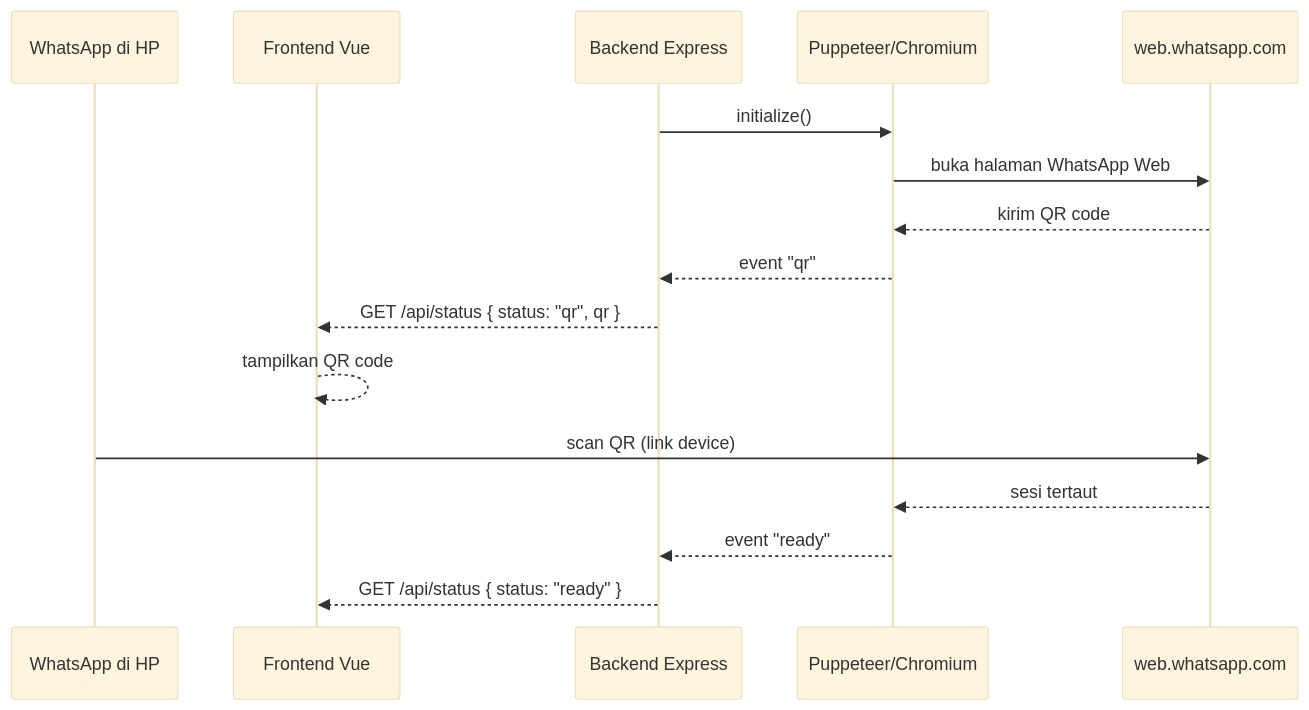
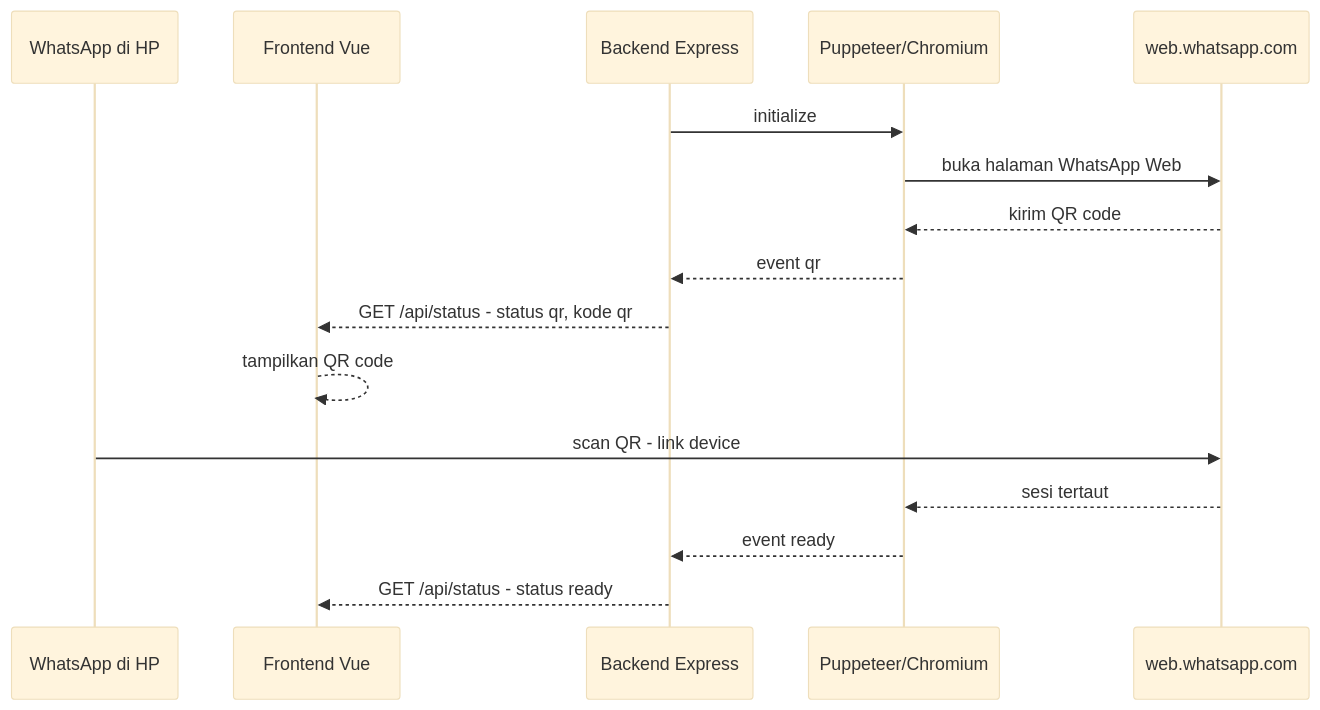
Before and after one commit to seeomkus/wa-send: the second of 3 diagrams in README.md, drawn with Mermaid (base theme). The commit also changed other lines of this file, not shown here.

Commit message:
Perbaiki syntax diagram Mermaid: hindari karakter khusus yang bikin render error

````diff
--- a/README.md
+++ b/README.md
@@ -38,19 +38,19 @@
 ```mermaid
 sequenceDiagram
     participant HP as WhatsApp di HP
     participant FE as Frontend Vue
     participant BE as Backend Express
     participant PUP as Puppeteer/Chromium
     participant WA as web.whatsapp.com
 
-    BE->>PUP: initialize()
+    BE->>PUP: initialize
     PUP->>WA: buka halaman WhatsApp Web
     WA-->>PUP: kirim QR code
-    PUP-->>BE: event "qr"
-    BE-->>FE: GET /api/status { status: "qr", qr }
+    PUP-->>BE: event qr
+    BE-->>FE: GET /api/status - status qr, kode qr
     FE-->>FE: tampilkan QR code
-    HP->>WA: scan QR (link device)
+    HP->>WA: scan QR - link device
     WA-->>PUP: sesi tertaut
-    PUP-->>BE: event "ready"
-    BE-->>FE: GET /api/status { status: "ready" }
+    PUP-->>BE: event ready
+    BE-->>FE: GET /api/status - status ready
 ```
````
